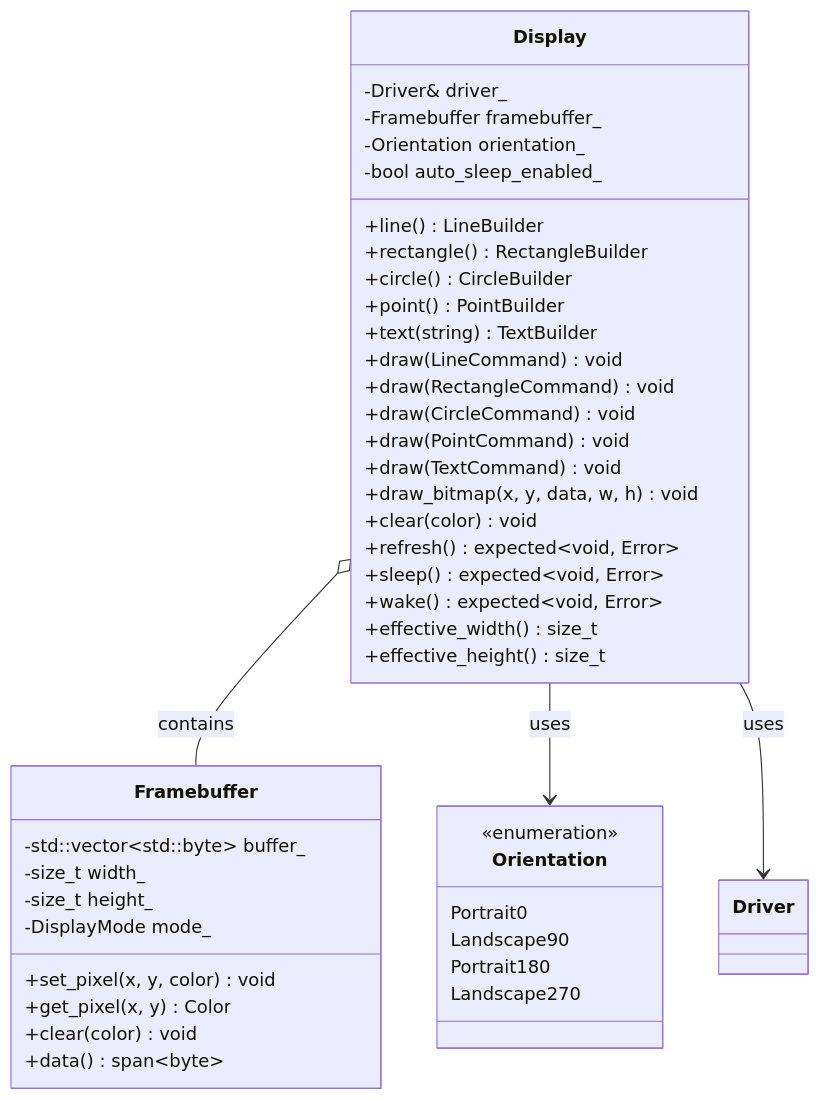
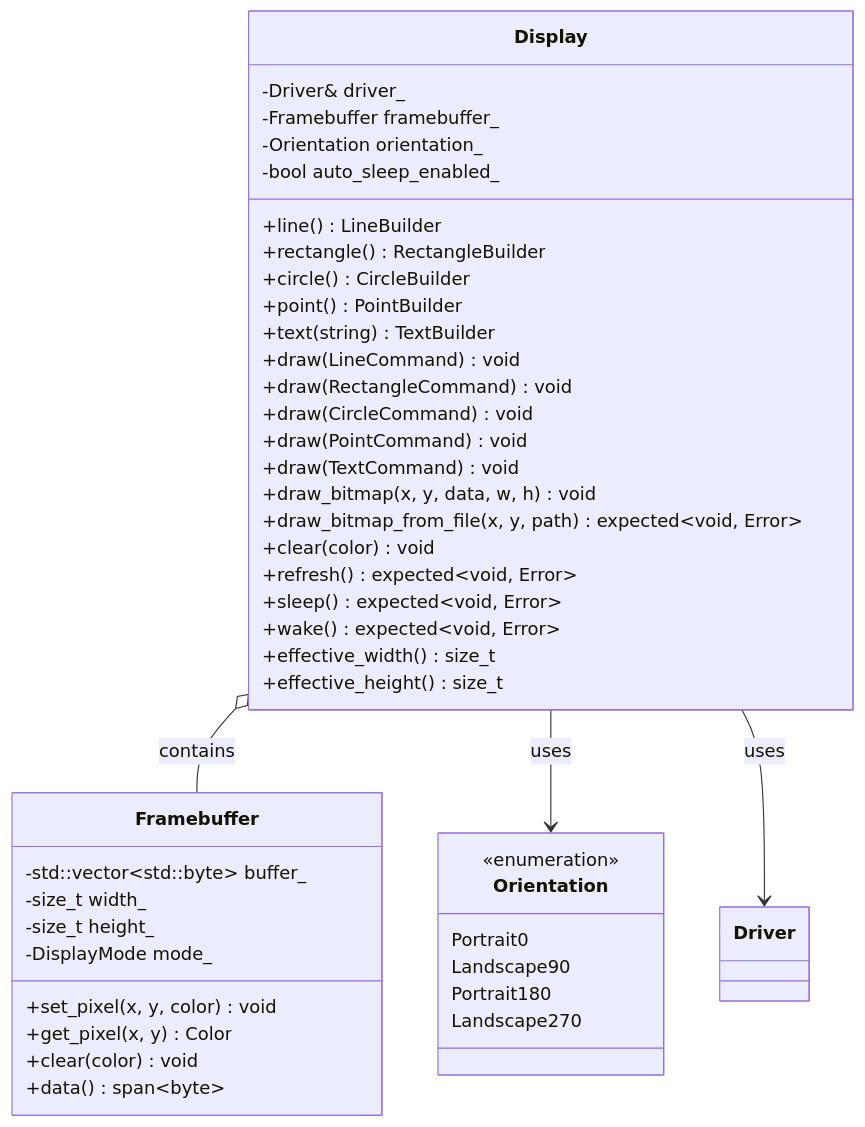
Before and after one commit to johanns/libepaper: the fourth of 12 diagrams in docs/ARCHITECTURE.md, drawn with Mermaid. The commit also changed other lines of this file and 2 other files, not shown here.

````diff
--- a/docs/ARCHITECTURE.md
+++ b/docs/ARCHITECTURE.md
@@ -205,49 +233,50 @@
 ```mermaid
 classDiagram
     class Display {
         -Driver& driver_
         -Framebuffer framebuffer_
         -Orientation orientation_
         -bool auto_sleep_enabled_
         +line() LineBuilder
         +rectangle() RectangleBuilder
         +circle() CircleBuilder
         +point() PointBuilder
         +text(string) TextBuilder
         +draw(LineCommand) void
         +draw(RectangleCommand) void
         +draw(CircleCommand) void
         +draw(PointCommand) void
         +draw(TextCommand) void
         +draw_bitmap(x, y, data, w, h) void
+        +draw_bitmap_from_file(x, y, path) expected~void, Error~
         +clear(color) void
         +refresh() expected~void, Error~
         +sleep() expected~void, Error~
         +wake() expected~void, Error~
         +effective_width() size_t
         +effective_height() size_t
     }
 
     class Framebuffer {
         -std::vector~std::byte~ buffer_
         -size_t width_
         -size_t height_
         -DisplayMode mode_
         +set_pixel(x, y, color) void
         +get_pixel(x, y) Color
         +clear(color) void
         +data() span~byte~
     }
 
     class Orientation {
         <<enumeration>>
         Portrait0
         Landscape90
         Portrait180
         Landscape270
     }
 
     Display o-- Framebuffer : contains
     Display --> Orientation : uses
     Display --> Driver : uses
 ```
````
